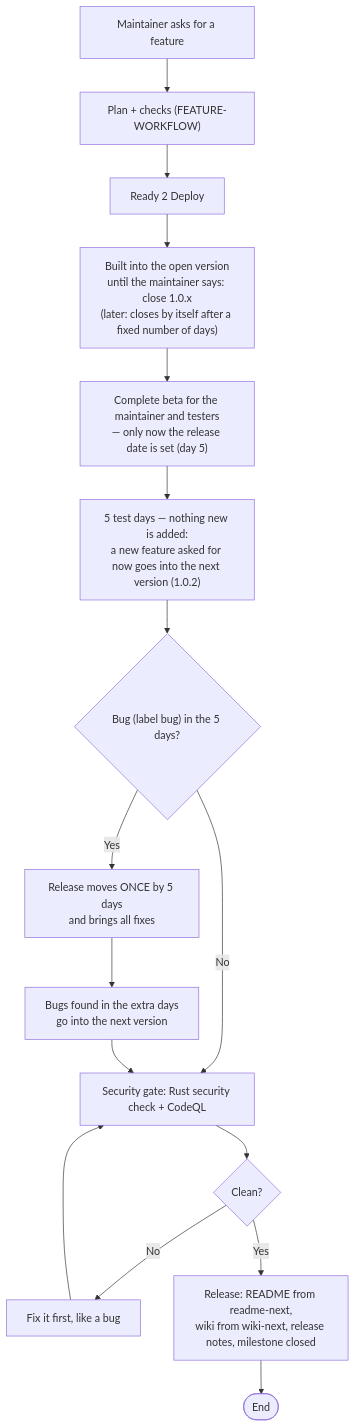
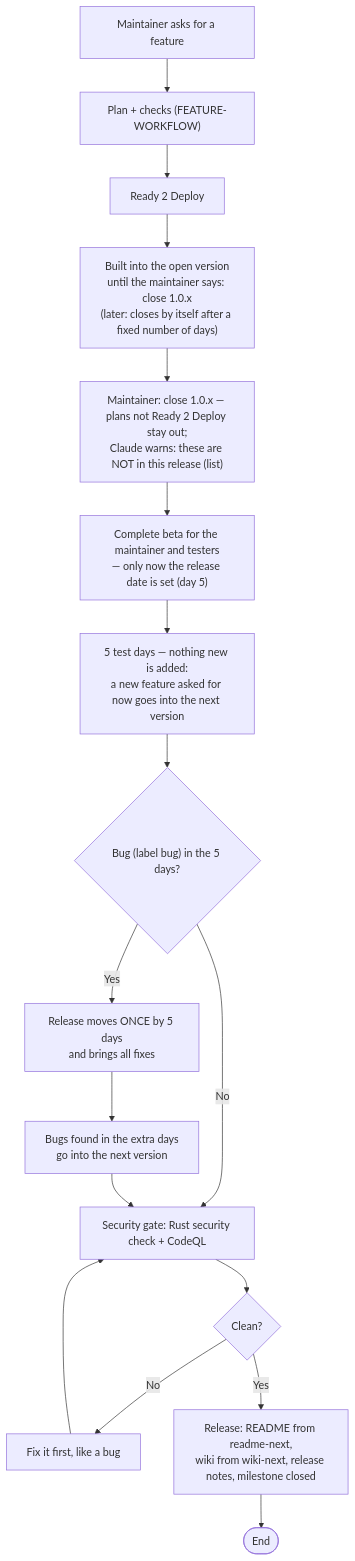
The diagram in docs/RELEASE-WORKFLOW.md (GFGMNET/Workspace), drawn with Mermaid before and after one commit. The commit also changed 7 other files, not shown here.

First line of the commit message:
Workflows: ideas → feature, wishes and duplicates in bug reports, security after release = urgent fix, closing a version with plans not ready; duplicate check also for bugs (and against votes)

````diff
--- a/docs/RELEASE-WORKFLOW.md
+++ b/docs/RELEASE-WORKFLOW.md
@@ -5,18 +5,19 @@
 ```mermaid
 flowchart TD
    Z["Maintainer asks for a feature"] --> Y["Plan + checks (FEATURE-WORKFLOW)"]
    Y --> X["Ready 2 Deploy"]
    X --> A["Built into the open version<br/>until the maintainer says: close 1.0.x<br/>(later: closes by itself after a fixed number of days)"]
-   A --> B["Complete beta for the maintainer and testers<br/>— only now the release date is set (day 5)"]
-   B --> C["5 test days — nothing new is added:<br/>a new feature asked for now goes into the next version (1.0.2)"]
+   A --> CL["Maintainer: close 1.0.x — plans not Ready 2 Deploy stay out;<br/>Claude warns: these are NOT in this release (list)"]
+   CL --> B["Complete beta for the maintainer and testers<br/>— only now the release date is set (day 5)"]
+   B --> C["5 test days — nothing new is added:<br/>a new feature asked for now goes into the next version"]
    C --> D{"Bug (label bug) in the 5 days?"}
    D -->|No| G["Security gate: Rust security check + CodeQL"]
    D -->|Yes| E["Release moves ONCE by 5 days<br/>and brings all fixes"]
    E --> F["Bugs found in the extra days<br/>go into the next version"]
    F --> G
    G --> H{"Clean?"}
    H -->|No| I["Fix it first, like a bug"]
    I --> G
    H -->|Yes| J["Release: README from readme-next,<br/>wiki from wiki-next, release notes, milestone closed"]
    J --> K([End])
 ```
````
